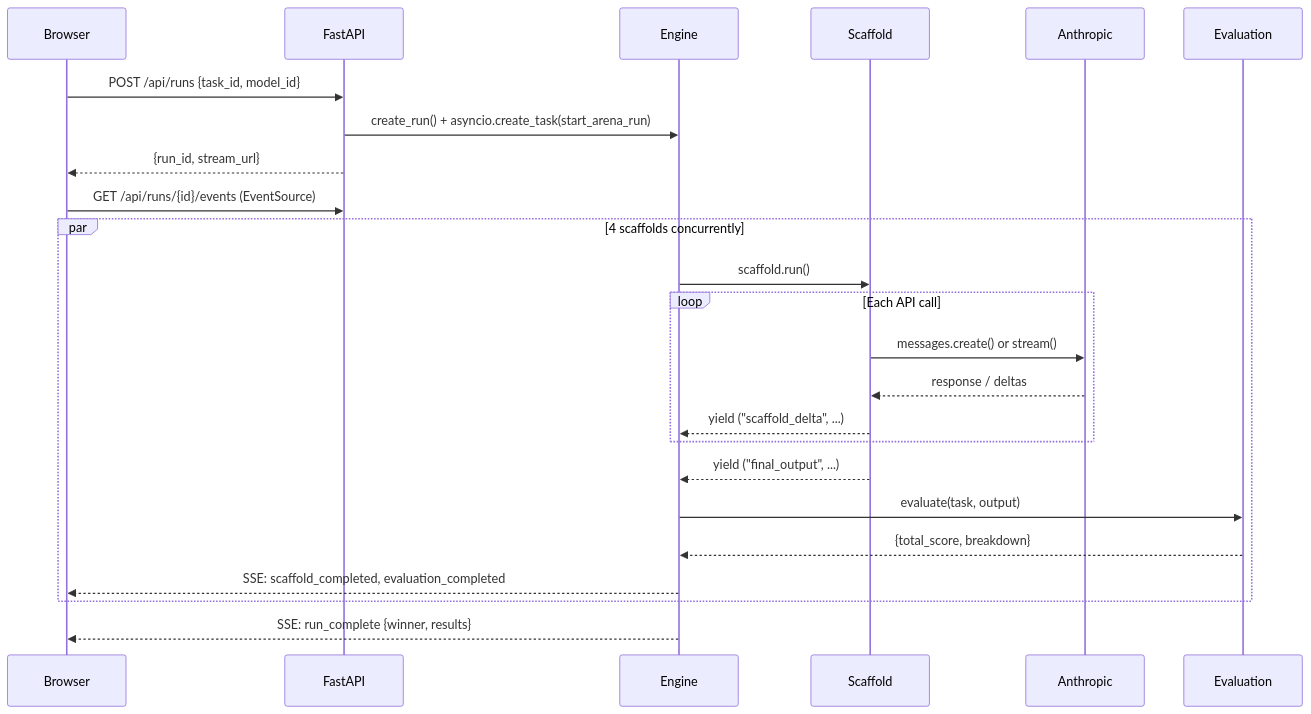
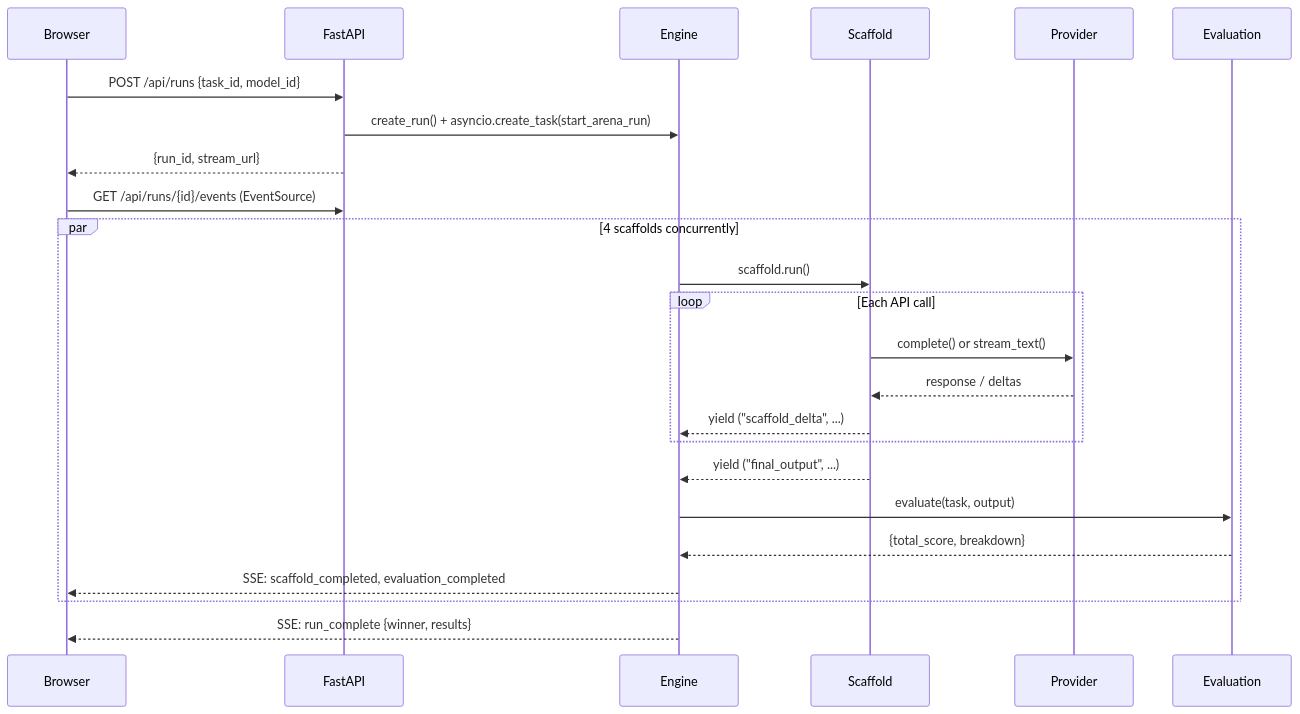
Before and after one commit to jlov7/scaffold-arena: the second of 2 diagrams in docs/architecture.md, drawn with Mermaid. The commit also changed other lines of this file and 270 other files, not shown here.

````diff
--- a/docs/architecture.md
+++ b/docs/architecture.md
@@ -66,29 +73,29 @@
 ```mermaid
 sequenceDiagram
     participant Browser
     participant FastAPI
     participant Engine
     participant Scaffold
-    participant Anthropic
+    participant Provider
     participant Evaluation
 
     Browser->>FastAPI: POST /api/runs {task_id, model_id}
     FastAPI->>Engine: create_run() + asyncio.create_task(start_arena_run)
     FastAPI-->>Browser: {run_id, stream_url}
     Browser->>FastAPI: GET /api/runs/{id}/events (EventSource)
 
     par 4 scaffolds concurrently
         Engine->>Scaffold: scaffold.run()
         loop Each API call
-            Scaffold->>Anthropic: messages.create() or stream()
-            Anthropic-->>Scaffold: response / deltas
+            Scaffold->>Provider: complete() or stream_text()
+            Provider-->>Scaffold: response / deltas
             Scaffold-->>Engine: yield ("scaffold_delta", ...)
         end
         Scaffold-->>Engine: yield ("final_output", ...)
         Engine->>Evaluation: evaluate(task, output)
         Evaluation-->>Engine: {total_score, breakdown}
         Engine-->>Browser: SSE: scaffold_completed, evaluation_completed
     end
 
     Engine-->>Browser: SSE: run_complete {winner, results}
 ```
````
